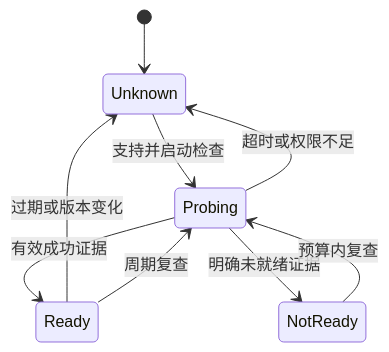
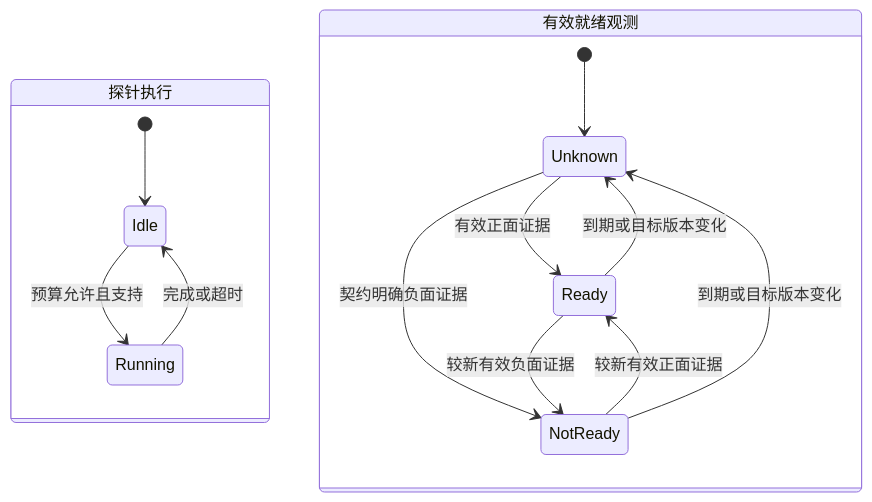
One commit to wyw-ai/loom-oi changed the second of 4 diagrams in docs/distributed-architecture-conclusions.md. Above: the diagram before and after it, drawn with Mermaid. The commit also changed other lines of this file and 25 other files, not shown here.

Commit message:
docs(alpha): synthesize evidence and require post-lab architecture iteration

````diff
--- a/docs/distributed-architecture-conclusions.md
+++ b/docs/distributed-architecture-conclusions.md
@@ -72,11 +75,17 @@
 ```mermaid
 stateDiagram-v2
-    [*] --> Unknown
-    Unknown --> Probing: 支持并启动检查
-    Probing --> Ready: 有效成功证据
-    Probing --> NotReady: 明确未就绪证据
-    Probing --> Unknown: 超时或权限不足
-    Ready --> Unknown: 过期或版本变化
-    NotReady --> Probing: 预算内复查
-    Ready --> Probing: 周期复查
+    state "探针执行" as Execution {
+        [*] --> Idle
+        Idle --> Running: 预算允许且支持
+        Running --> Idle: 完成或超时
+    }
+    state "有效就绪观测" as Observation {
+        [*] --> Unknown
+        Unknown --> Ready: 有效正面证据
+        Unknown --> NotReady: 契约明确负面证据
+        Ready --> NotReady: 较新有效负面证据
+        NotReady --> Ready: 较新有效正面证据
+        Ready --> Unknown: 到期或目标版本变化
+        NotReady --> Unknown: 到期或目标版本变化
+    }
 ```
````
